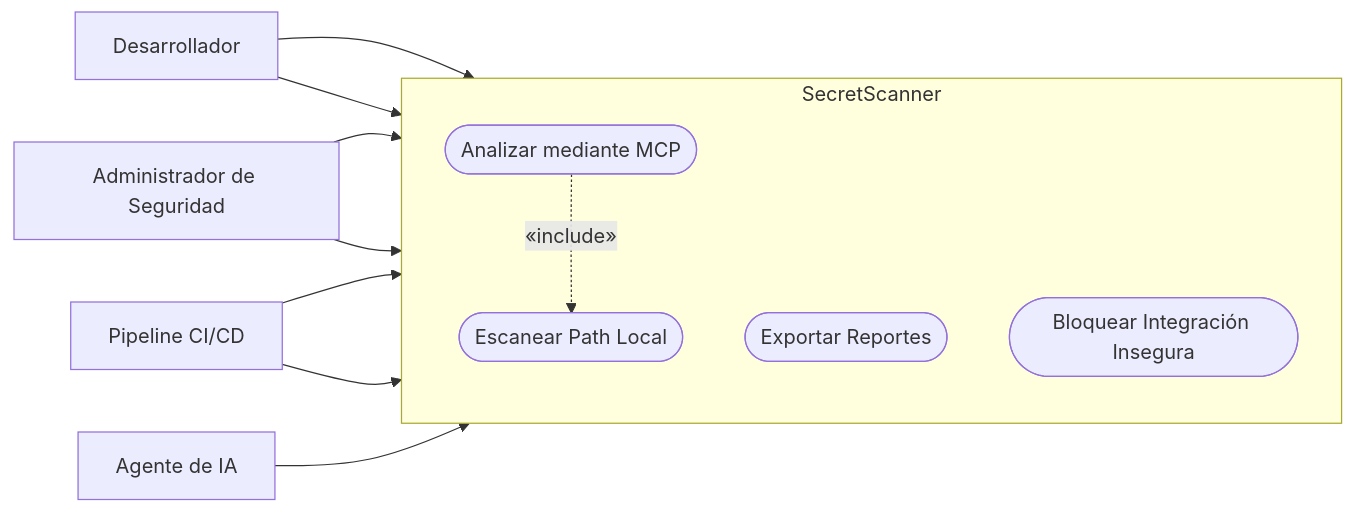
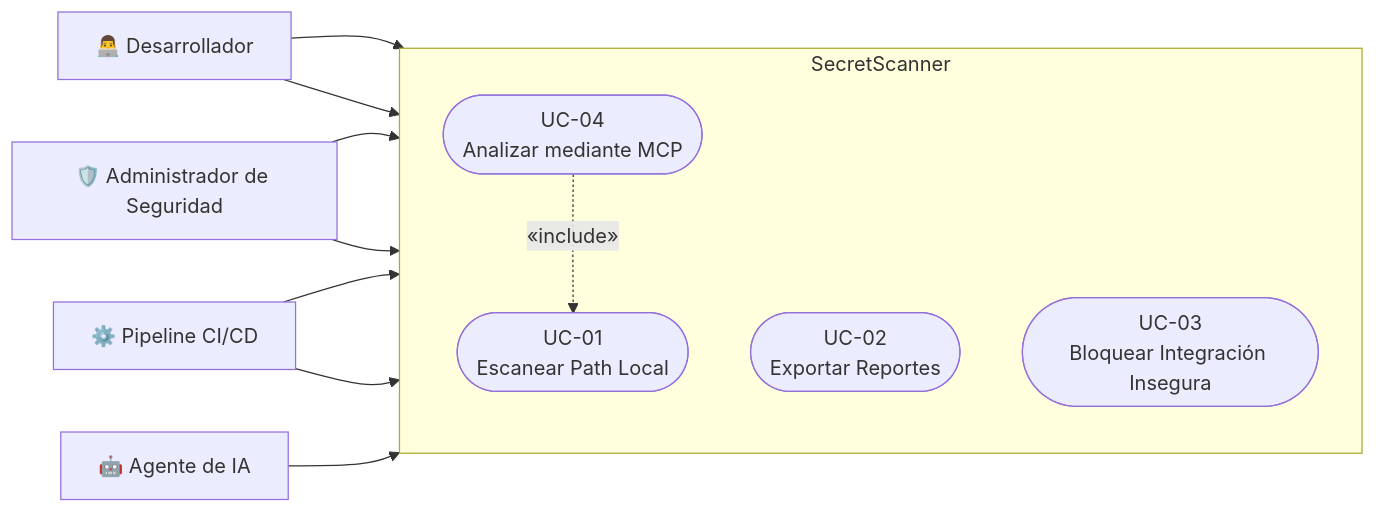
The first of 12 diagrams in docs/FD04-Informe-Arquitectura.md (UPT-FAING-EPIS/proyecto-si784-2026-i-u3-ANALIZADOR_SECRETOS), drawn with Mermaid before and after one commit.

Commit message:
Update actor names and use case labels in diagram

````diff
--- a/docs/FD04-Informe-Arquitectura.md
+++ b/docs/FD04-Informe-Arquitectura.md
@@ -94,30 +94,33 @@
 ```mermaid
 flowchart LR
 
-    actor1["Desarrollador"]
-    actor2["Administrador de Seguridad"]
-    actor3["Pipeline CI/CD"]
-    actor4["Agente de IA"]
+    %% Actores
+    Dev["👨‍💻 Desarrollador"]
+    Sec["🛡️ Administrador de Seguridad"]
+    CI["⚙️ Pipeline CI/CD"]
+    AI["🤖 Agente de IA"]
 
-    subgraph SecretScanner
+    %% Límite del sistema
+    subgraph Sistema["SecretScanner"]
         direction TB
 
-        uc1(["Escanear Path Local"])
-        uc2(["Exportar Reportes"])
-        uc3(["Bloquear Integración Insegura"])
-        uc4(["Analizar mediante MCP"])
+        UC1(["UC-01<br/>Escanear Path Local"])
+        UC2(["UC-02<br/>Exportar Reportes"])
+        UC3(["UC-03<br/>Bloquear Integración Insegura"])
+        UC4(["UC-04<br/>Analizar mediante MCP"])
     end
 
-    actor1 --> uc1
-    actor1 --> uc2
+    %% Relaciones
+    Dev --> UC1
+    Dev --> UC2
 
-    actor2 --> uc1
-    actor2 --> uc2
+    Sec --> UC1
+    Sec --> UC2
 
-    actor3 --> uc1
-    actor3 --> uc3
+    CI --> UC1
+    CI --> UC3
 
-    actor4 --> uc4
+    AI --> UC4
 
-    uc4 -. «include» .-> uc1
+    UC4 -. «include» .-> UC1
 ```
````
